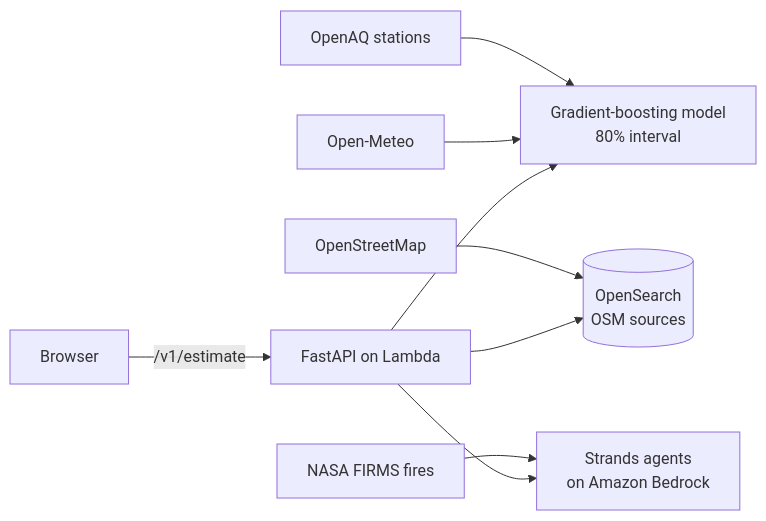
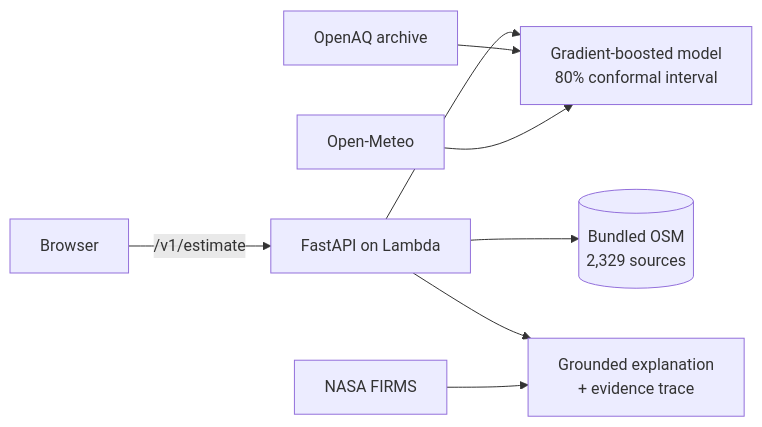
One commit to FiscalMindset/aqi changed the diagram in README.md. Above: the diagram before and after it, drawn with Mermaid. The commit also changed other lines of this file and 2 other files, not shown here.

````diff
--- a/README.md
+++ b/README.md
@@ -26,11 +42,10 @@
 ```mermaid
 flowchart LR
     U[Browser] -->|/v1/estimate| API[FastAPI on Lambda]
-    API --> M[Gradient-boosting model<br/>80% interval]
-    API --> OS[(OpenSearch<br/>OSM sources)]
-    API --> AG[Strands agents<br/>on Amazon Bedrock]
+    API --> M[Gradient-boosted model<br/>80% conformal interval]
+    API --> SRC[(Bundled OSM<br/>2,329 sources)]
+    API --> AG[Grounded explanation<br/>+ evidence trace]
+    OAQ[OpenAQ archive] --> M
     WX[Open-Meteo] --> M
-    OAQ[OpenAQ stations] --> M
-    OSM[OpenStreetMap] --> OS
-    FIRMS[NASA FIRMS fires] --> AG
+    FIRMS[NASA FIRMS] --> AG
 ```
````
